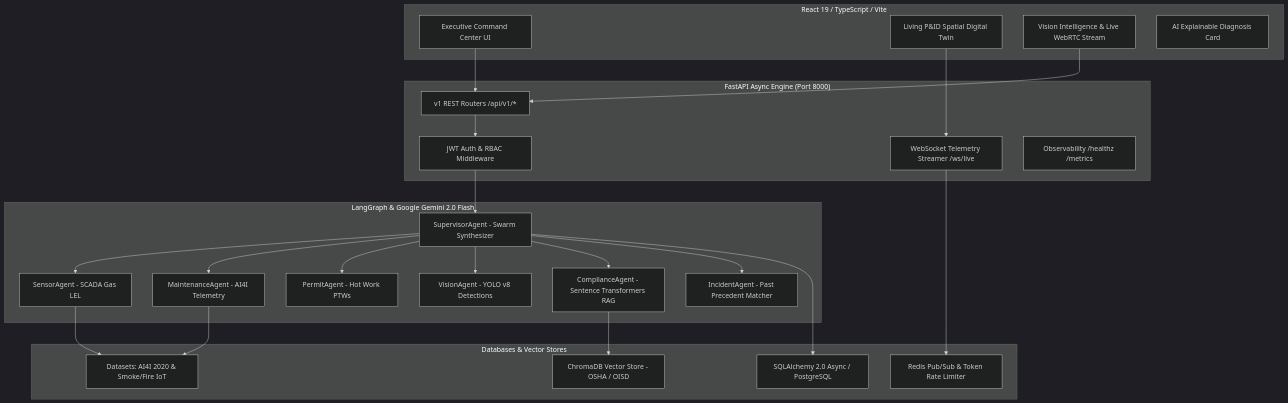
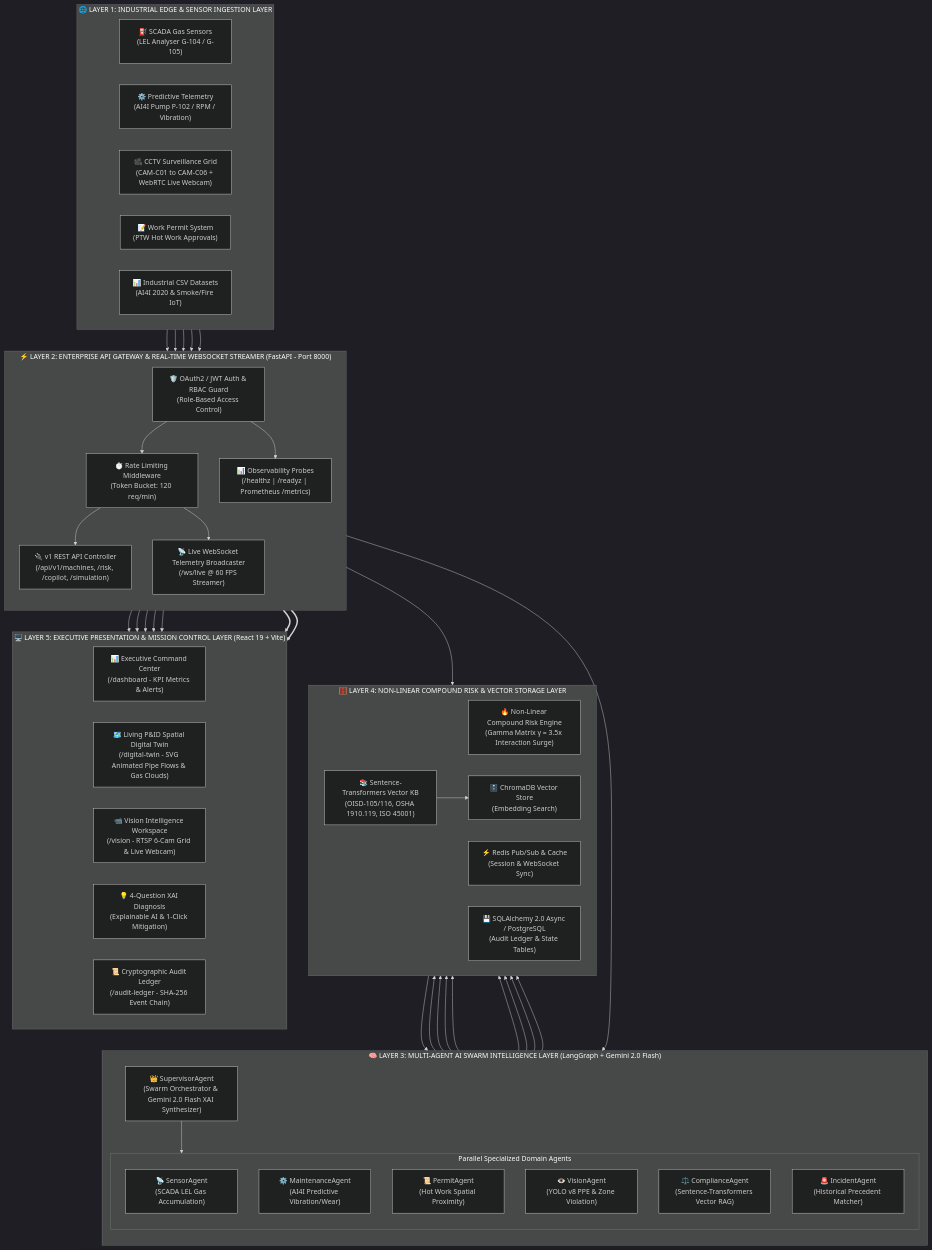
Before and after one commit to ravikrishna290/NexoraAI: the first of 2 diagrams in README.md, drawn with Mermaid (dark theme). The commit also changed other lines of this file and 1 other file, not shown here.

Commit message:
docs: add high-detail multi-layer enterprise architecture & sequence diagrams

````diff
--- a/README.md
+++ b/README.md
@@ -16,45 +18,87 @@
 ```mermaid
-graph TD
-    subgraph Frontend Layer ["React 19 / TypeScript / Vite"]
-        UI[Executive Command Center UI]
-        DT[Living P&ID Spatial Digital Twin]
-        VI[Vision Intelligence & Live WebRTC Stream]
-        XAI[AI Explainable Diagnosis Card]
+graph TB
+    %% ===================================================
+    %% LAYER 1: INDUSTRIAL EDGE & SENSOR INGESTION LAYER
+    %% ===================================================
+    subgraph LAYER_1 ["🌐 LAYER 1: INDUSTRIAL EDGE & SENSOR INGESTION LAYER"]
+        direction LR
+        S1["⛽ SCADA Gas Sensors<br/>(LEL Analyser G-104 / G-105)"]
+        S2["⚙️ Predictive Telemetry<br/>(AI4I Pump P-102 / RPM / Vibration)"]
+        S3["🎥 CCTV Surveillance Grid<br/>(CAM-C01 to CAM-C06 + WebRTC Live Webcam)"]
+        S4["📝 Work Permit System<br/>(PTW Hot Work Approvals)"]
+        S5["📊 Industrial CSV Datasets<br/>(AI4I 2020 & Smoke/Fire IoT)"]
     end
 
-    subgraph API & WebSocket Layer ["FastAPI Async Engine (Port 8000)"]
-        AUTH[JWT Auth & RBAC Middleware]
-        WS[WebSocket Telemetry Streamer /ws/live]
-        REST[v1 REST Routers /api/v1/*]
-        OBS[Observability /healthz /metrics]
+    %% ===================================================
+    %% LAYER 2: ENTERPRISE API & WEBSOCKET GATEWAY LAYER
+    %% ===================================================
+    subgraph LAYER_2 ["⚡ LAYER 2: ENTERPRISE API GATEWAY & REAL-TIME WEBSOCKET STREAMER (FastAPI - Port 8000)"]
+        direction TB
+        GATEWAY["🛡️ OAuth2 / JWT Auth & RBAC Guard<br/>(Role-Based Access Control)"]
+        RATELIMIT["⏱️ Rate Limiting Middleware<br/>(Token Bucket: 120 req/min)"]
+        OBS["📊 Observability Probes<br/>(/healthz | /readyz | Prometheus /metrics)"]
+        REST_API["🔌 v1 REST API Controller<br/>(/api/v1/machines, /risk, /copilot, /simulation)"]
+        WS_STREAM["📡 Live WebSocket Telemetry Broadcaster<br/>(/ws/live @ 60 FPS Streamer)"]
     end
 
-    subgraph Multi-Agent Swarm Layer ["LangGraph & Google Gemini 2.0 Flash"]
-        SUP[SupervisorAgent - Swarm Synthesizer]
-        SA[SensorAgent - SCADA Gas LEL]
-        MA[MaintenanceAgent - AI4I Telemetry]
-        PA[PermitAgent - Hot Work PTWs]
-        VA[VisionAgent - YOLO v8 Detections]
-        CA[ComplianceAgent - Sentence Transformers RAG]
-        IA[IncidentAgent - Past Precedent Matcher]
+    %% ===================================================
+    %% LAYER 3: MULTI-AGENT AI SWARM LAYER (LangGraph)
+    %% ===================================================
+    subgraph LAYER_3 ["🧠 LAYER 3: MULTI-AGENT AI SWARM INTELLIGENCE LAYER (LangGraph + Gemini 2.0 Flash)"]
+        direction TB
+        SUPERVISOR["👑 SupervisorAgent<br/>(Swarm Orchestrator & Gemini 2.0 Flash XAI Synthesizer)"]
+        
+        subgraph AGENT_NODES ["Parallel Specialized Domain Agents"]
+            AGENT_SENSOR["📡 SensorAgent<br/>(SCADA LEL Gas Accumulation)"]
+            AGENT_MAINT["⚙️ MaintenanceAgent<br/>(AI4I Predictive Vibration/Wear)"]
+            AGENT_PERMIT["📜 PermitAgent<br/>(Hot Work Spatial Proximity)"]
+            AGENT_VISION["👁️ VisionAgent<br/>(YOLO v8 PPE & Zone Violation)"]
+            AGENT_COMPLIANCE["⚖️ ComplianceAgent<br/>(Sentence-Transformers Vector RAG)"]
+            AGENT_INCIDENT["🚨 IncidentAgent<br/>(Historical Precedent Matcher)"]
+        end
     end
 
-    subgraph Data & Storage Layer ["Databases & Vector Stores"]
-        SQL[SQLAlchemy 2.0 Async / PostgreSQL]
-        RAG[ChromaDB Vector Store - OSHA / OISD]
-        REDIS[Redis Pub/Sub & Token Rate Limiter]
-        CSV[Datasets: AI4I 2020 & Smoke/Fire IoT]
+    %% ===================================================
+    %% LAYER 4: COMPOUND RISK & VECTOR KNOWLEDGE LAYER
+    %% ===================================================
+    subgraph LAYER_4 ["🧮 LAYER 4: NON-LINEAR COMPOUND RISK & VECTOR STORAGE LAYER"]
+        direction LR
+        RISK_ENGINE["🔥 Non-Linear Compound Risk Engine<br/>(Gamma Matrix γ = 3.5x Interaction Surge)"]
+        RAG_ENGINE["📚 Sentence-Transformers Vector KB<br/>(OISD-105/116, OSHA 1910.119, ISO 45001)"]
+        CHROMA_DB["🗄️ ChromaDB Vector Store<br/>(Embedding Search)"]
+        REDIS_BUS["⚡ Redis Pub/Sub & Cache<br/>(Session & WebSocket Sync)"]
+        POSTGRES["💾 SQLAlchemy 2.0 Async / PostgreSQL<br/>(Audit Ledger & State Tables)"]
     end
 
-    UI --> REST
-    DT --> WS
-    VI --> REST
-    REST --> AUTH
-    AUTH --> SUP
-    SUP --> SA & MA & PA & VA & CA & IA
-    CA --> RAG
-    MA --> CSV
-    SA --> CSV
-    SUP --> SQL
-    WS --> REDIS
+    %% ===================================================
+    %% LAYER 5: PRESENTATION & COMMAND CENTER LAYER
+    %% ===================================================
+    subgraph LAYER_5 ["🖥️ LAYER 5: EXECUTIVE PRESENTATION & MISSION CONTROL LAYER (React 19 + Vite)"]
+        direction LR
+        DASHBOARD["📊 Executive Command Center<br/>(/dashboard - KPI Metrics & Alerts)"]
+        TWIN["🗺️ Living P&ID Spatial Digital Twin<br/>(/digital-twin - SVG Animated Pipe Flows & Gas Clouds)"]
+        VISION_UI["📹 Vision Intelligence Workspace<br/>(/vision - RTSP 6-Cam Grid & Live Webcam)"]
+        XAI_UI["💡 4-Question XAI Diagnosis<br/>(Explainable AI & 1-Click Mitigation)"]
+        AUDIT_UI["📜 Cryptographic Audit Ledger<br/>(/audit-ledger - SHA-256 Event Chain)"]
+    end
+
+    %% ===================================================
+    %% CONNECTIONS & DATA FLOW PATHS
+    %% ===================================================
+    S1 & S2 & S3 & S4 & S5 --> GATEWAY
+    GATEWAY --> RATELIMIT --> REST_API & WS_STREAM
+    GATEWAY --> OBS
+
+    REST_API --> SUPERVISOR
+    SUPERVISOR --> AGENT_NODES
+
+    AGENT_SENSOR & AGENT_MAINT & AGENT_PERMIT & AGENT_VISION & AGENT_COMPLIANCE & AGENT_INCIDENT --> RISK_ENGINE
+    AGENT_COMPLIANCE --> RAG_ENGINE --> CHROMA_DB
+    RISK_ENGINE --> SUPERVISOR
+
+    SUPERVISOR --> POSTGRES
+    WS_STREAM --> REDIS_BUS
+
+    REST_API --> DASHBOARD & TWIN & VISION_UI & XAI_UI & AUDIT_UI
+    WS_STREAM ==> TWIN & DASHBOARD
 ```
````
